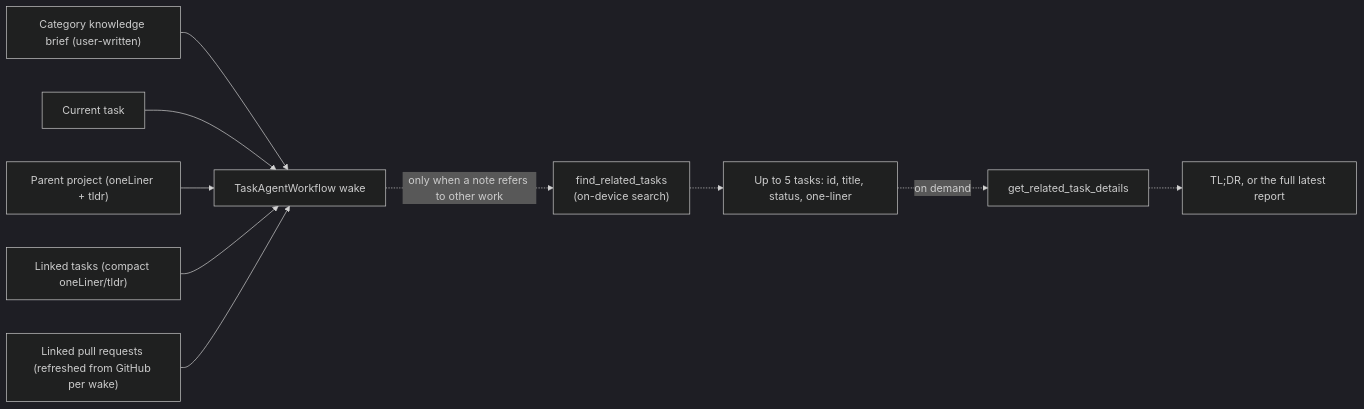
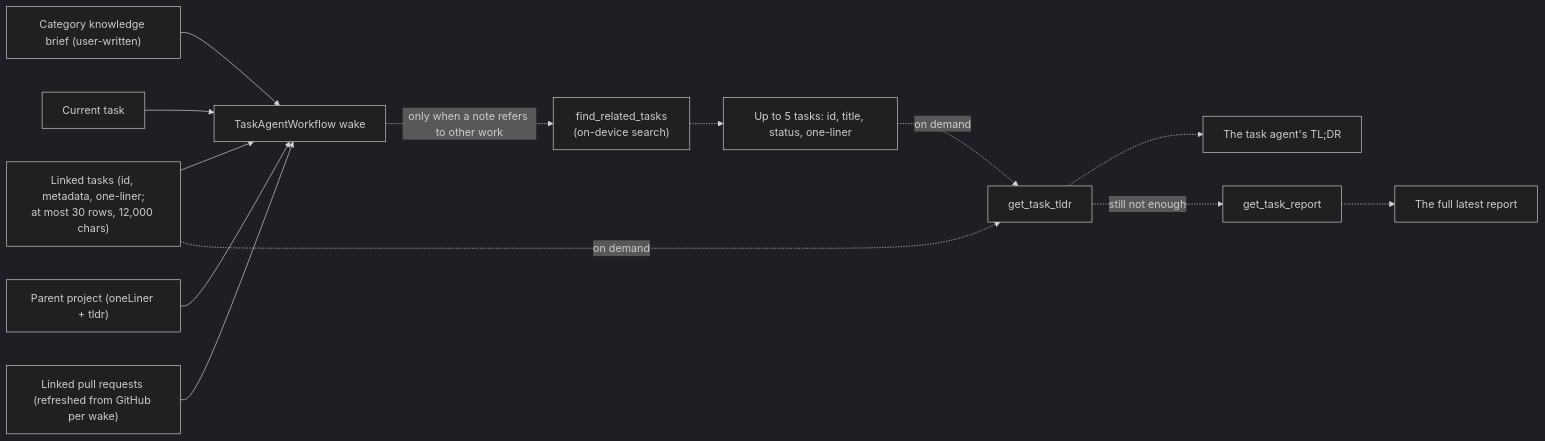
Before and after one commit to matthiasn/lotti: the fifth of 14 diagrams in knowledge/features/agents/task-agents.md, drawn with Mermaid (dark theme). The commit also changed other lines of this file and 28 other files, not shown here.

Commit message:
feat(agents): linked tasks reach the task agent as one-liners, TL;DR and report on demand

````diff
--- a/knowledge/features/agents/task-agents.md
+++ b/knowledge/features/agents/task-agents.md
@@ -445,12 +454,15 @@
 ```mermaid
 flowchart LR
   Brief["Category knowledge brief (user-written)"] --> Wake["TaskAgentWorkflow wake"]
   Task["Current task"] --> Wake
   Project["Parent project (oneLiner + tldr)"] --> Wake
-  Linked["Linked tasks (compact oneLiner/tldr)"] --> Wake
+  Linked["Linked tasks (id, metadata, one-liner;<br/>at most 30 rows, 12,000 chars)"] --> Wake
   PRs["Linked pull requests (refreshed from GitHub per wake)"] --> Wake
   Wake -.->|only when a note refers to other work| Find["find_related_tasks<br/>(on-device search)"]
   Find -.-> Hits["Up to 5 tasks: id, title, status, one-liner"]
-  Hits -.->|on demand| Drill["get_related_task_details"]
-  Drill -.-> Summary["TL;DR, or the full latest report"]
+  Linked -.->|on demand| Tldr["get_task_tldr"]
+  Hits -.->|on demand| Tldr
+  Tldr -.-> Summary["The task agent's TL;DR"]
+  Tldr -.->|still not enough| Report["get_task_report"]
+  Report -.-> Full["The full latest report"]
 ```
````
